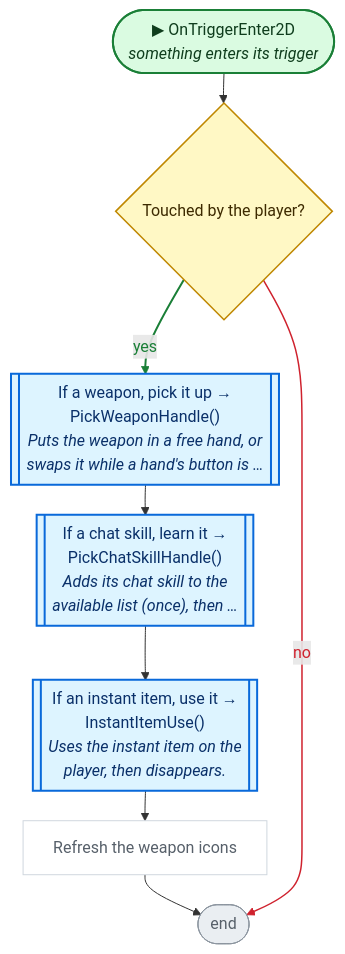
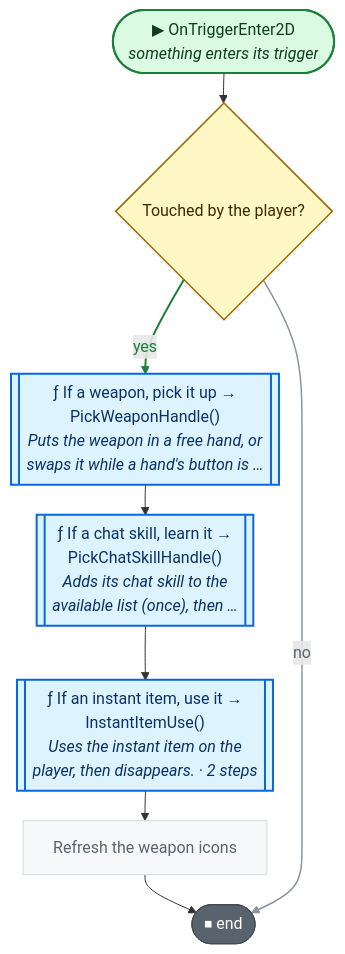
The second of 7 diagrams in CodeGraph~/graph/Loot.cs.md (nataiai/Lord-of-the-Dungeon), drawn with Mermaid before and after one commit. The commit also changed other lines of this file and 57 other files, not shown here.

````diff
--- a/CodeGraph~/graph/Loot.cs.md
+++ b/CodeGraph~/graph/Loot.cs.md
@@ -64,45 +66,45 @@
 ```mermaid
 ---
 config:
   flowchart:
     wrappingWidth: 260
     nodeSpacing: 26
     rankSpacing: 30
 ---
 flowchart TD
   nS(["▶ OnTriggerEnter2D<br><i>something enters its trigger</i>"])
   n6c3ff2{"Touched by the player?"}
-  nf58834[["If a weapon, pick it up →<br>PickWeaponHandle()<br><i>Puts the weapon in a free hand, or</i><br><i>swaps it while a hand's button is …</i>"]]
-  nd2bf6e[["If a chat skill, learn it →<br>PickChatSkillHandle()<br><i>Adds its chat skill to the</i><br><i>available list (once), then …</i>"]]
-  naa23c7[["If an instant item, use it →<br>InstantItemUse()<br><i>Uses the instant item on the</i><br><i>player, then disappears.</i>"]]
+  nf58834[["ƒ If a weapon, pick it up →<br>PickWeaponHandle()<br><i>Puts the weapon in a free hand, or</i><br><i>swaps it while a hand's button is …</i>"]]
+  nd2bf6e[["ƒ If a chat skill, learn it →<br>PickChatSkillHandle()<br><i>Adds its chat skill to the</i><br><i>available list (once), then …</i>"]]
+  naa23c7[["ƒ If an instant item, use it →<br>InstantItemUse()<br><i>Uses the instant item on the</i><br><i>player, then disappears. · 2 steps</i>"]]
   n915fec["Refresh the weapon icons"]
-  nE(["end"])
+  nE(["⏹ end"])
   nS --> n6c3ff2
   n6c3ff2 -->|yes| nf58834
   nf58834 --> nd2bf6e
   nd2bf6e --> naa23c7
   naa23c7 --> n915fec
   n915fec --> nE
   n6c3ff2 -->|no| nE
   linkStyle 1 stroke:#1a7f37,stroke-width:2px,color:#1a7f37
-  linkStyle 6 stroke:#cf222e,stroke-width:1.5px,color:#cf222e
+  linkStyle 6 stroke:#8c959f,stroke-width:1.5px,color:#59636e
   classDef unity fill:#dafbe1,stroke:#1a7f37,stroke-width:2px,color:#0f3d1d
   classDef start fill:#dafbe1,stroke:#1a7f37,stroke-width:2px,color:#0f3d1d
-  classDef calc fill:#ffffff,stroke:#d0d7de,color:#57606a
+  classDef calc fill:#f6f8fa,stroke:#d1d9e0,color:#59636e
   classDef calls fill:#ddf4ff,stroke:#0969da,stroke-width:2px,color:#0a3069
-  classDef ext fill:#ddf4ff,stroke:#0969da,stroke-width:2px,stroke-dasharray:5 3,color:#0a3069
-  classDef cond fill:#fff8c5,stroke:#bf8700,stroke-width:1.5px,color:#3d2a00
-  classDef loop fill:#f6f8fa,stroke:#57606a,color:#1f2328
-  classDef exit fill:#ffebe9,stroke:#cf222e,color:#82071e
+  classDef ext fill:#f6f8fa,stroke:#59636e,stroke-width:1.5px,stroke-dasharray:5 5,color:#1f2328
+  classDef cond fill:#fff8c5,stroke:#9a6700,stroke-width:1.5px,color:#3d2a00
+  classDef loop fill:#fff8c5,stroke:#9a6700,color:#3d2a00
+  classDef wait fill:#fff8c5,stroke:#9a6700,color:#3d2a00
+  classDef exit fill:#59636e,stroke:#424a53,color:#ffffff
+  classDef fin fill:#59636e,stroke:#424a53,color:#ffffff
+  classDef act fill:#ffffff,stroke:#59636e,stroke-width:1.5px,color:#1f2328
   classDef kill fill:#ffebe9,stroke:#cf222e,stroke-width:2px,color:#82071e
-  classDef spawn fill:#dafbe1,stroke:#1a7f37,stroke-width:2px,color:#0f3d1d
-  classDef wait fill:#fff1e5,stroke:#bc4c00,color:#4d1d00
-  classDef fin fill:#eaeef2,stroke:#8c959f,color:#57606a
   classDef join fill:#d0d7de,stroke:#8c959f,color:#57606a
   classDef ghdr fill:#f5f9ff,stroke:#f5f9ff,color:#0a3069,font-weight:bold
   class n915fec calc
   class nf58834,nd2bf6e,naa23c7 calls
   class n6c3ff2 cond
   class nE fin
   class nS unity
 ```
````
